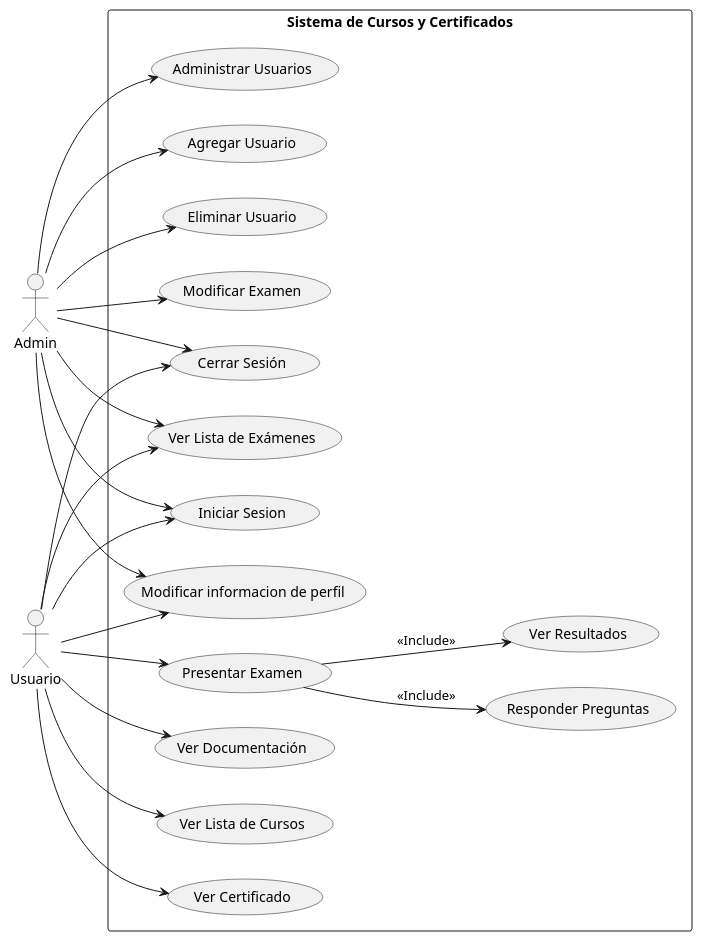
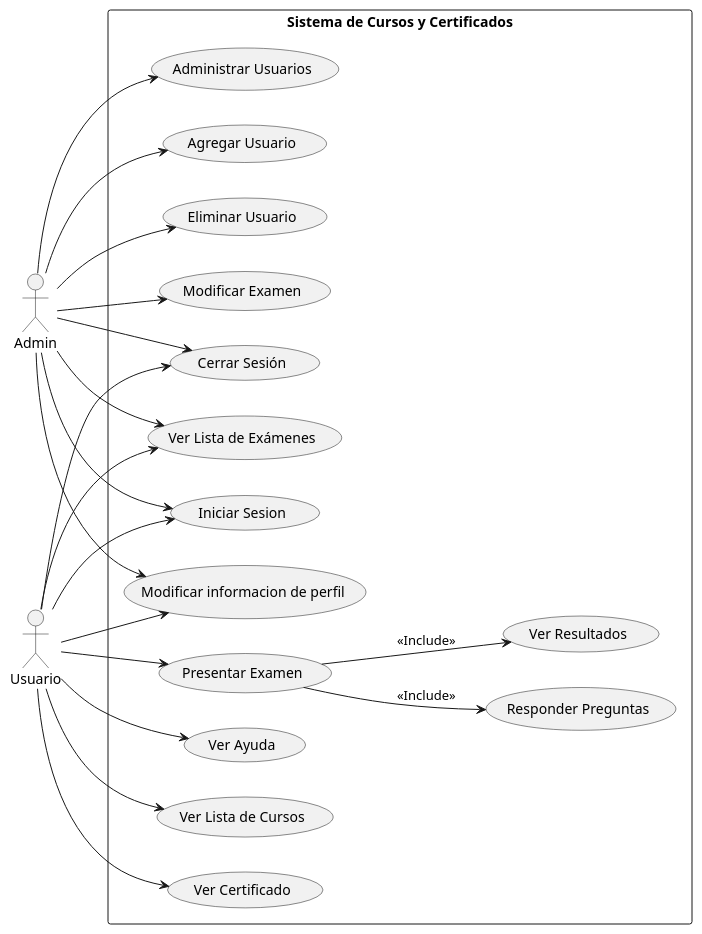
The diagram in docs/scenariosView/DiagramaCasosDeUsos.plantuml (Carverz/IS-022023_Proyecto-Grupo-4), drawn with PlantUML before and after one commit. The commit also changed 1 other file, not shown here.

Commit message:
Modificacion diagrama de casos de uso

```diff
--- a/docs/scenariosView/DiagramaCasosDeUsos.plantuml
+++ b/docs/scenariosView/DiagramaCasosDeUsos.plantuml
@@ -1,33 +1,33 @@
 @startuml
 left to right direction
 
 actor Admin as A
 actor Usuario as U1
 
 rectangle "Sistema de Cursos y Certificados" {
   
   A --> (Iniciar Sesion)
   A --> (Cerrar Sesión)
   A --> (Administrar Usuarios)
   A --> (Agregar Usuario)
   A --> (Eliminar Usuario)
   A --> (Ver Lista de Exámenes)
   A --> (Modificar Examen)
   A --> (Modificar informacion de perfil)
   U1 --> (Iniciar Sesion)
   U1 --> (Cerrar Sesión)
-  U1 --> (Ver Documentación)
+  U1 --> (Ver Ayuda)
   U1 --> (Ver Lista de Cursos)
   U1 --> (Ver Lista de Exámenes)
   U1 --> (Ver Certificado)
   U1 --> (Presentar Examen) 
   (Presentar Examen)  --> (Responder Preguntas): <<Include>>
   (Presentar Examen) --> (Ver Resultados): <<Include>>
   U1--> (Modificar informacion de perfil)
 
 
   
 
 }
 
 @enduml
```
